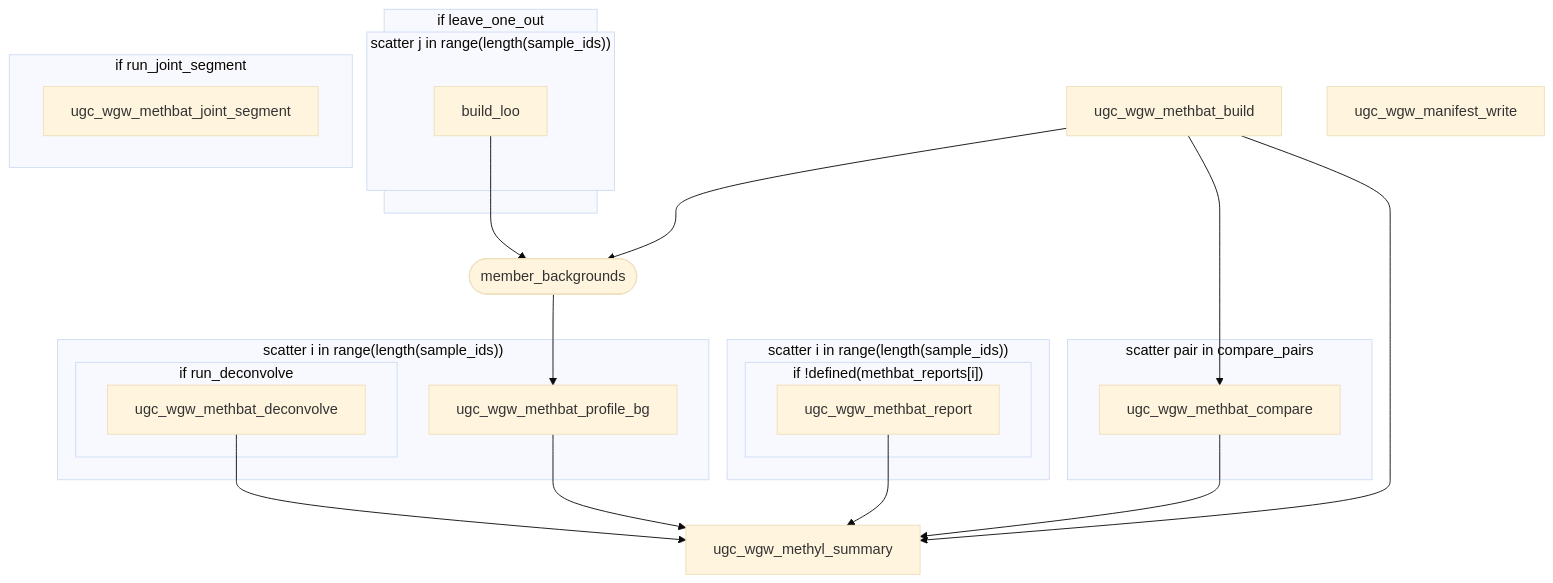
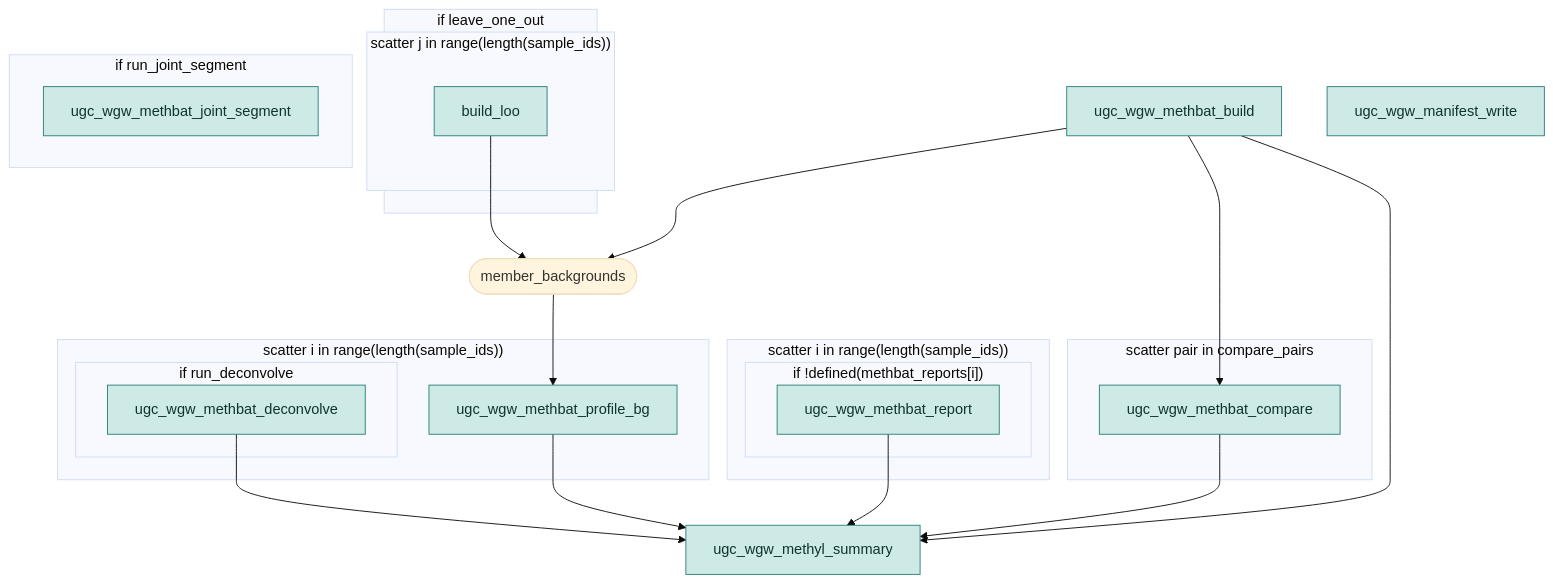
Before and after one commit to UppsalaGenomeCenter/ugc-wgw: the tenth of 13 diagrams in docs/guide/workflow-graphs.md, drawn with Mermaid (base theme). The commit also changed other lines of this file and 52 other files, not shown here.

First line of the commit message:
ugc-wgw 0.20.0

````diff
--- a/docs/guide/workflow-graphs.md
+++ b/docs/guide/workflow-graphs.md
@@ -624,38 +641,39 @@
 ```mermaid
 flowchart TD
-  n1["ugc_wgw_methbat_build"]
+  n1["ugc_wgw_methbat_build"]:::o
   subgraph s1["if leave_one_out"]
     subgraph s2["scatter j in range(length(sample_ids))"]
-      n2["build_loo"]
+      n2["build_loo"]:::o
     end
   end
   subgraph s3["scatter i in range(length(sample_ids))"]
     subgraph s4["if !defined(methbat_reports[i])"]
-      n3["ugc_wgw_methbat_report"]
+      n3["ugc_wgw_methbat_report"]:::o
     end
   end
   n4(["member_backgrounds"])
   subgraph s5["scatter i in range(length(sample_ids))"]
-    n5["ugc_wgw_methbat_profile_bg"]
+    n5["ugc_wgw_methbat_profile_bg"]:::o
     subgraph s6["if run_deconvolve"]
-      n6["ugc_wgw_methbat_deconvolve"]
+      n6["ugc_wgw_methbat_deconvolve"]:::o
     end
   end
   subgraph s7["scatter pair in compare_pairs"]
-    n7["ugc_wgw_methbat_compare"]
+    n7["ugc_wgw_methbat_compare"]:::o
   end
   subgraph s8["if run_joint_segment"]
-    n8["ugc_wgw_methbat_joint_segment"]
+    n8["ugc_wgw_methbat_joint_segment"]:::o
   end
-  n9["ugc_wgw_methyl_summary"]
-  n10["ugc_wgw_manifest_write"]
+  n9["ugc_wgw_methyl_summary"]:::o
+  n10["ugc_wgw_manifest_write"]:::o
   n1 --> n4
   n1 --> n7
   n1 --> n9
   n2 --> n4
   n3 --> n9
   n4 --> n5
   n5 --> n9
   n6 --> n9
   n7 --> n9
+  classDef o fill:#cdeae6,stroke:#2a7f77,color:#0f3330
 ```
````
